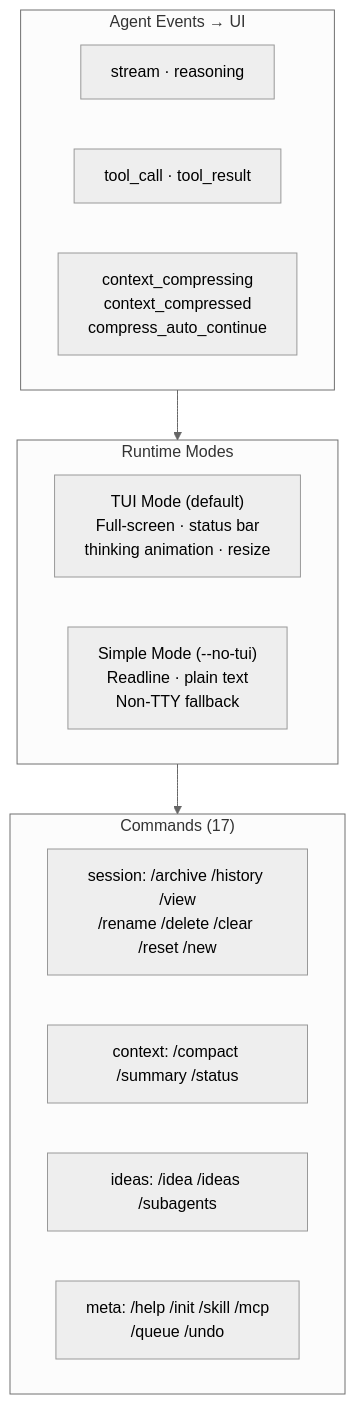
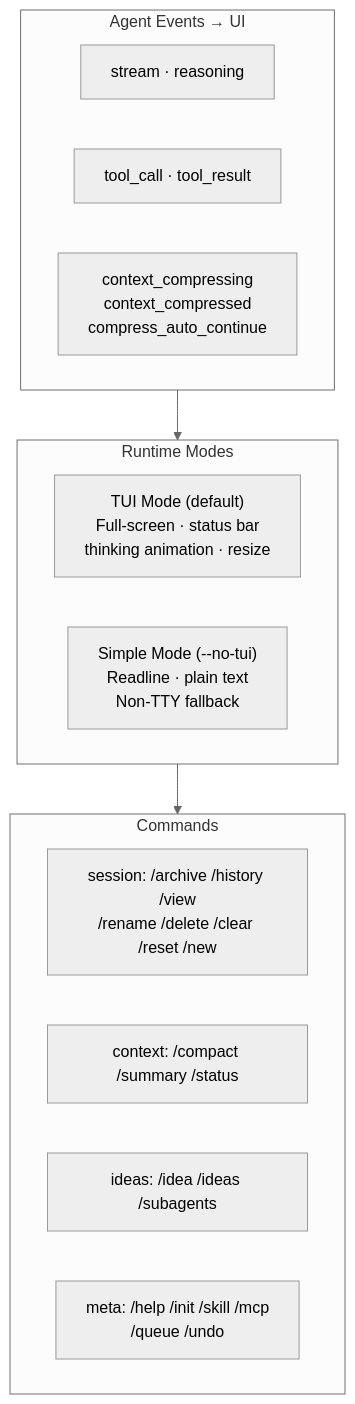
Diagram 12 of 12 in README.md (linnin233/spica-cli), drawn with Mermaid (neutral theme) before and after one commit. The commit also changed other lines of this file and 4 other files, not shown here.

````diff
--- a/README.md
+++ b/README.md
@@ -463,20 +463,20 @@
 ```mermaid
 flowchart TD
     subgraph MODES["Runtime Modes"]
         TUI_MODE["TUI Mode (default)<br/>Full-screen · status bar<br/>thinking animation · resize"]
         SIMPLE["Simple Mode (--no-tui)<br/>Readline · plain text<br/>Non-TTY fallback"]
     end
-    subgraph CMDS["Commands (17)"]
+    subgraph CMDS["Commands"]
         SES["session: /archive /history /view<br/>/rename /delete /clear /reset /new"]
         CTX["context: /compact /summary /status"]
         IDEAS["ideas: /idea /ideas /subagents"]
         META["meta: /help /init /skill /mcp<br/>/queue /undo"]
     end
     subgraph EVT["Agent Events → UI"]
         SE["stream · reasoning"]
         TE["tool_call · tool_result"]
         CE["context_compressing<br/>context_compressed<br/>compress_auto_continue"]
     end
     MODES --> CMDS
     EVT --> MODES
 ```
````
